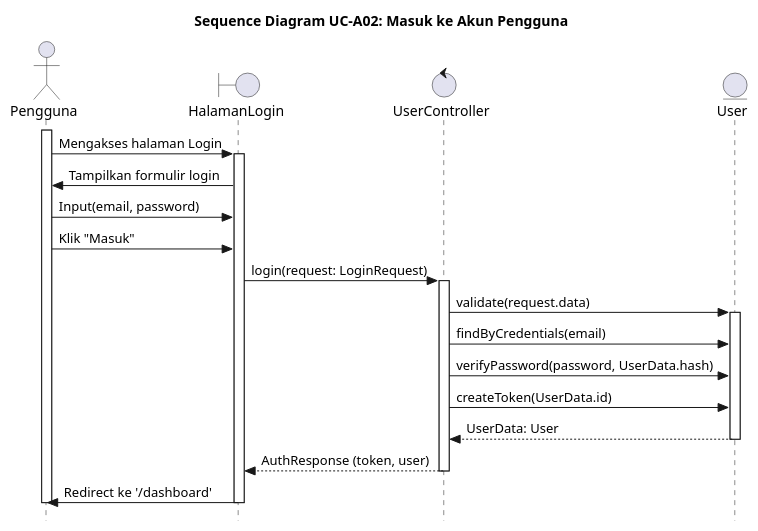
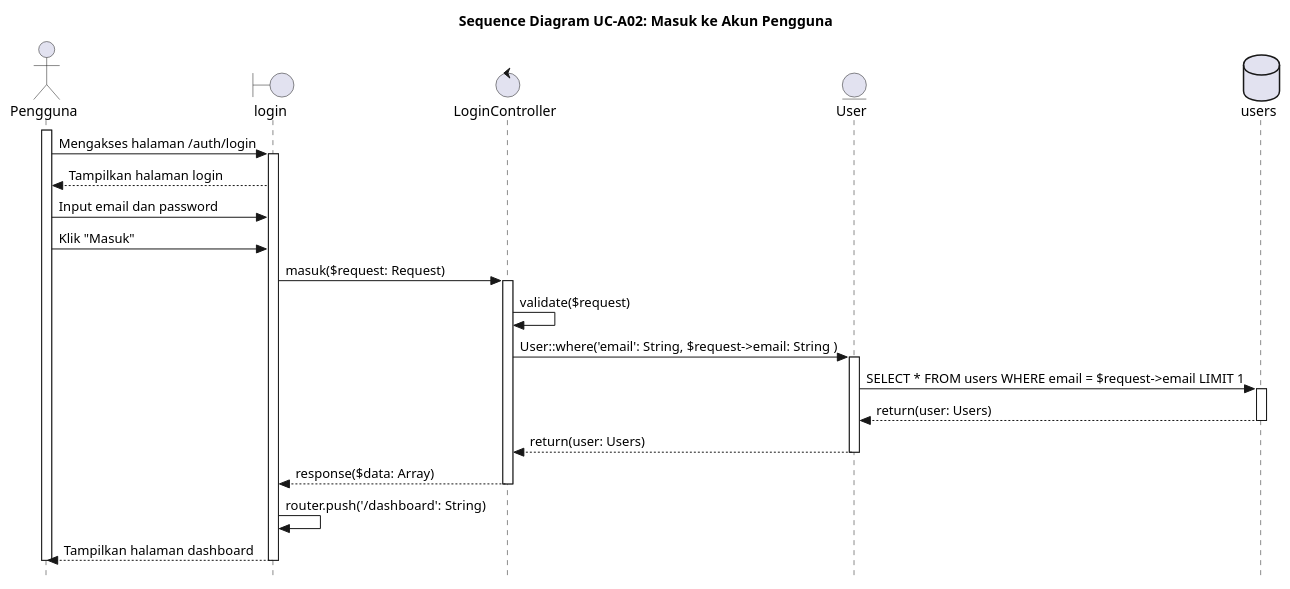
One commit to alfiahnurfa/RSI-PROYEK-AKHIR-SEQUENCE changed the diagram in UC-A02.PUML. Above: the diagram before and after it, drawn with PlantUML. The commit also changed 2 other files, not shown here.

```diff
--- a/UC-A02.PUML
+++ b/UC-A02.PUML
@@ -1,44 +1,46 @@
 @startuml SD-UC-A02_Login
 title Sequence Diagram UC-A02: Masuk ke Akun Pengguna
 skinparam style strictuml
 
 actor Pengguna
-boundary HalamanLogin
-control UserController
+boundary login
+control LoginController
 entity User
+database users
 
 activate Pengguna
-Pengguna -> HalamanLogin : Mengakses halaman Login
-activate HalamanLogin
+Pengguna -> login : Mengakses halaman /auth/login
+activate login
 
-HalamanLogin -> Pengguna : Tampilkan formulir login
+login --> Pengguna : Tampilkan halaman login
 
-Pengguna -> HalamanLogin : Input(email, password)
+Pengguna -> login : Input email dan password
 
-Pengguna -> HalamanLogin : Klik "Masuk"
+Pengguna -> login : Klik "Masuk"
 
-HalamanLogin -> UserController : login(request: LoginRequest)
-activate UserController
+login -> LoginController : masuk($request: Request)
+activate LoginController
 
-UserController -> User : validate(request.data)
+LoginController -> LoginController : validate($request)
+
+LoginController -> User : User::where('email': String, $request->email: String )
 activate User
 
-UserController -> User : findByCredentials(email)
+User -> users : SELECT * FROM users WHERE email = $request->email LIMIT 1
+activate users
 
+users --> User : return(user: Users)
+deactivate users
 
-UserController -> User : verifyPassword(password, UserData.hash)
-
-UserController -> User : createToken(UserData.id)
-
-User --> UserController : UserData: User
-
+User --> LoginController : return(user: Users)
 deactivate User
 
-UserController --> HalamanLogin : AuthResponse (token, user)
-deactivate UserController
+LoginController --> login : response($data: Array)
+deactivate LoginController
 
-HalamanLogin -> Pengguna : Redirect ke '/dashboard'
-deactivate HalamanLogin
+login -> login : router.push('/dashboard': String)
+login --> Pengguna : Tampilkan halaman dashboard
+deactivate login
 deactivate Pengguna
 
 @enduml
```
